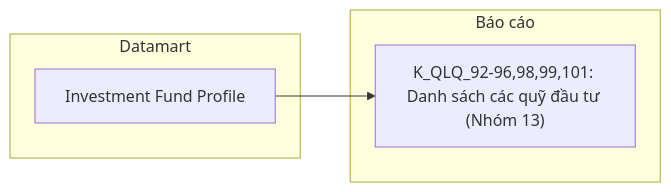
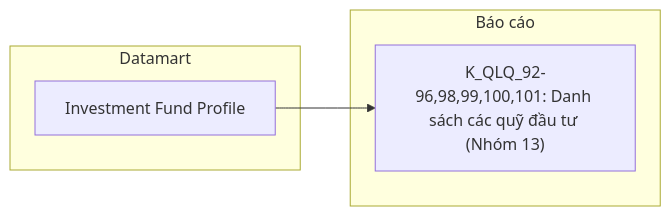
Before and after one commit to linhlvit/ubck_atomic_design: diagram 22 of 40 in Datamart/hld/DTM_QLQ_HLD.md, drawn with Mermaid. The commit also changed other lines of this file and 8 other files, not shown here.

First line of the commit message:
feat(QLQ): cập nhật thiết kế datamart module Quản lý quỹ

````diff
--- a/Datamart/hld/DTM_QLQ_HLD.md
+++ b/Datamart/hld/DTM_QLQ_HLD.md
@@ -1117,10 +1085,10 @@
 ```mermaid
 flowchart LR
     subgraph GOLD["Datamart"]
         G1["Investment Fund Profile"]
     end
     subgraph RPT["Báo cáo"]
-        R1["K_QLQ_92-96,98,99,101: Danh sách các quỹ đầu tư (Nhóm 13)"]
+        R1["K_QLQ_92-96,98,99,100,101: Danh sách các quỹ đầu tư (Nhóm 13)"]
     end
     G1 --> R1
 ```
````
